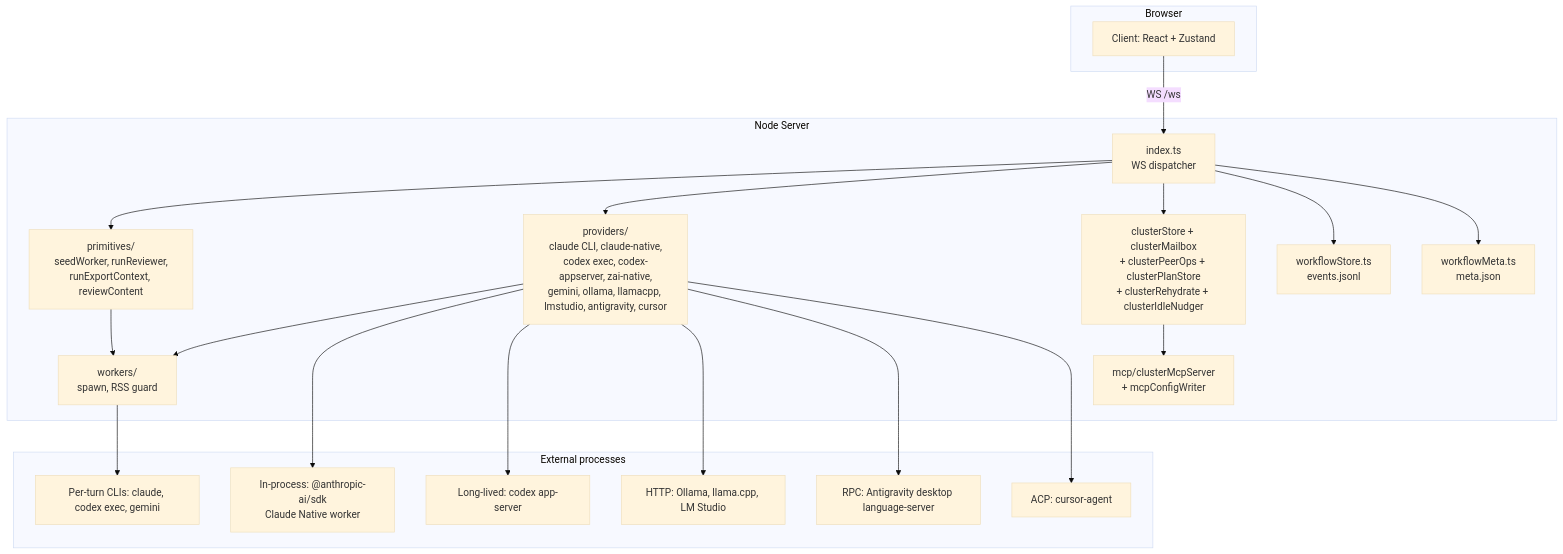
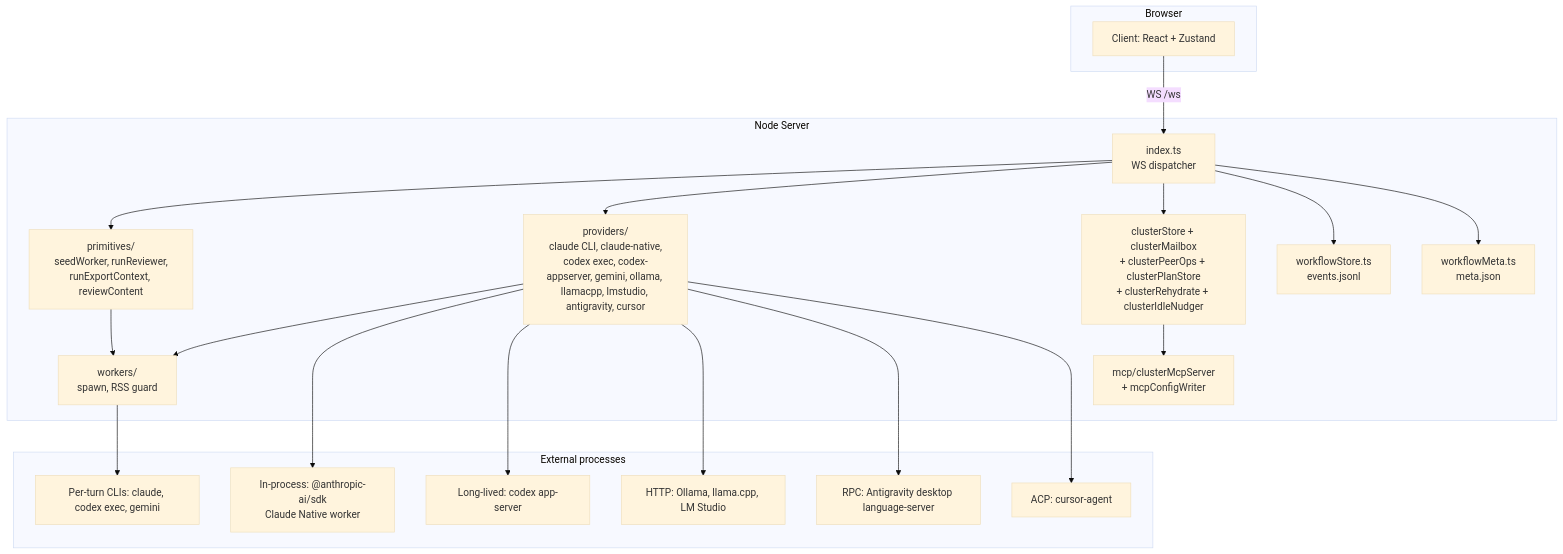
Before and after one commit to ghreprimand/arco: the first of 2 diagrams in docs/ARCHITECTURE.md, drawn with Mermaid (base theme). The commit also changed other lines of this file and 155 other files, not shown here.

````diff
--- a/docs/ARCHITECTURE.md
+++ b/docs/ARCHITECTURE.md
@@ -184,39 +183,39 @@
 ```mermaid
 graph TB
     subgraph Browser
       C[Client: React + Zustand]
     end
     subgraph "Node Server"
       S[index.ts<br/>WS dispatcher]
       P[primitives/<br/>seedWorker, runReviewer,<br/>runExportContext, reviewContent]
-      V[providers/<br/>claude CLI, claude-native,<br/>codex exec, codex-appserver, zai-native,<br/>gemini, ollama, llamacpp, lmstudio, antigravity, cursor]
+      V[providers/<br/>claude CLI, claude-native,<br/>codex exec, codex-appserver, gemini, ollama, llamacpp, lmstudio, antigravity, cursor]
       W[workers/<br/>spawn, RSS guard]
       ST[workflowStore.ts<br/>events.jsonl]
       M[workflowMeta.ts<br/>meta.json]
       CL[clusterStore + clusterMailbox<br/>+ clusterPeerOps + clusterPlanStore<br/>+ clusterRehydrate + clusterIdleNudger]
       MCP[mcp/clusterMcpServer<br/>+ mcpConfigWriter]
     end
     subgraph "External processes"
       CLI[Per-turn CLIs: claude, codex exec, gemini]
       NAT[In-process: @anthropic-ai/sdk<br/>Claude Native worker]
       APP[Long-lived: codex app-server]
       OL[HTTP: Ollama, llama.cpp, LM Studio]
       AG[RPC: Antigravity desktop language-server]
       CUR[ACP: cursor-agent]
     end
     C -- WS /ws --> S
     S --> P
     S --> V
     S --> CL
     CL --> MCP
     P --> W
     V --> W
     W --> CLI
     V --> NAT
     V --> APP
     V --> OL
     V --> AG
     V --> CUR
     S --> ST
     S --> M
 ```
````
